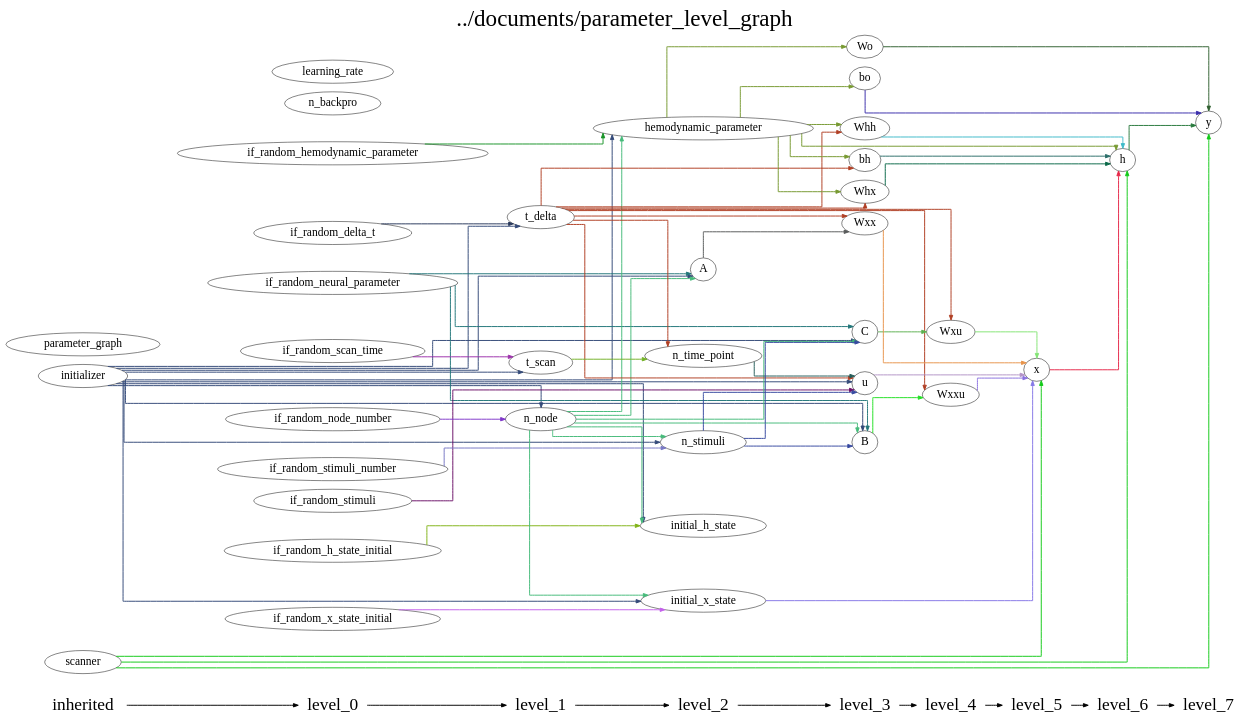
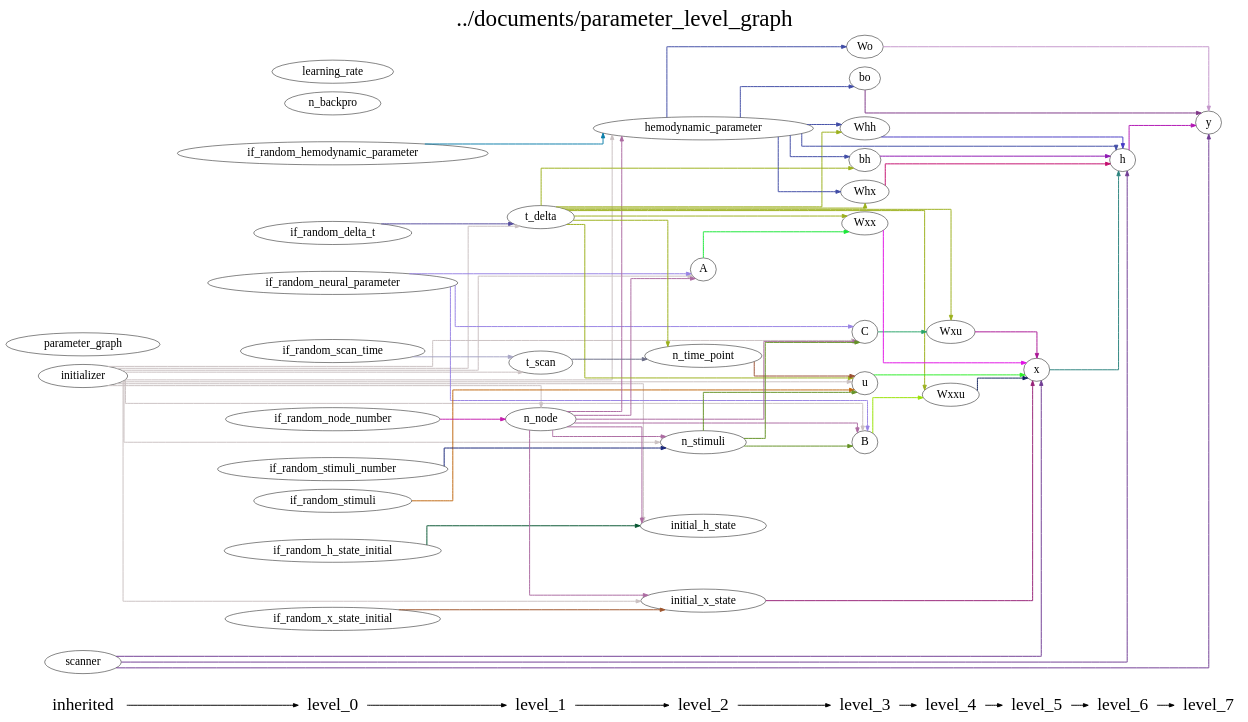
One commit to YuanWangOnward/DCM_RNN changed the diagram in DCM_RNN/documents/parameter_level_graph.gv. Above: the diagram before and after it, drawn with Graphviz. The commit also changed 7 other files, not shown here.

```diff
--- a/DCM_RNN/documents/parameter_level_graph.gv
+++ b/DCM_RNN/documents/parameter_level_graph.gv
@@ -1,156 +1,156 @@
 digraph G {
           splines=ortho;
           fontsize = 48;
           rankdir = "LR";
           node[fontsize=24];
           edge[penwidth=2];
           {
           node [shape=plaintext fontsize=36];
           inherited -> 
           level_0 -> 
           level_1 -> 
           level_2 -> 
           level_3 -> 
           level_4 -> 
           level_5 -> 
           level_6 -> 
           level_7
           }
           {rank = same;
           inherited;
           initializer;
           parameter_graph;
           scanner;
           }
           {rank = same;
           level_0;
           if_random_neural_parameter;
           if_random_hemodynamic_parameter;
           if_random_x_state_initial;
           if_random_h_state_initial;
           if_random_stimuli;
           if_random_node_number;
           if_random_stimuli_number;
           if_random_delta_t;
           if_random_scan_time;
           n_backpro;
           learning_rate;
           }
           {rank = same;
           level_1;
           n_node;
           t_delta;
           t_scan;
           }
           {rank = same;
           level_2;
           n_time_point;
           n_stimuli;
           A;
           hemodynamic_parameter;
           initial_x_state;
           initial_h_state;
           }
           {rank = same;
           level_3;
           u;
           B;
           C;
           Wxx;
           Whx;
           Whh;
           bh;
           Wo;
           bo;
           }
           {rank = same;
           level_4;
           Wxxu;
           Wxu;
           }
           {rank = same;
           level_5;
           x;
           }
           {rank = same;
           level_6;
           h;
           }
           {rank = same;
           level_7;
           y;
           }
-          h -> y [color="#27793C"];
-          Wo -> y [color="#316131"];
-          u -> x [color="#B394C7"];
-          if_random_node_number -> n_node [color="#8038CA"];
-          if_random_neural_parameter -> B [color="#22777A"];
-          if_random_neural_parameter -> A [color="#22777A"];
-          if_random_neural_parameter -> C [color="#22777A"];
+          hemodynamic_parameter -> Whx [color="#404CA6"];
+          hemodynamic_parameter -> Wo [color="#404CA6"];
+          hemodynamic_parameter -> bo [color="#404CA6"];
+          hemodynamic_parameter -> Whh [color="#404CA6"];
+          hemodynamic_parameter -> h [color="#404CA6"];
+          hemodynamic_parameter -> bh [color="#404CA6"];
+          Wo -> y [color="#C496CB"];
+          parameter_graph ;
+          n_time_point -> u [color="#9B5033"];
+          learning_rate ;
+          if_random_stimuli -> u [color="#C06810"];
+          h -> y [color="#B114B3"];
+          Whx -> h [color="#C40E6E"];
+          if_random_x_state_initial -> initial_x_state [color="#9E542B"];
+          if_random_stimuli_number -> n_stimuli [color="#162479"];
+          scanner -> y [color="#703C94"];
+          scanner -> x [color="#703C94"];
+          scanner -> h [color="#703C94"];
+          Wxxu -> x [color="#11225C"];
+          n_node -> hemodynamic_parameter [color="#AC6AA1"];
+          n_node -> n_stimuli [color="#AC6AA1"];
+          n_node -> initial_h_state [color="#AC6AA1"];
+          n_node -> C [color="#AC6AA1"];
+          n_node -> initial_x_state [color="#AC6AA1"];
+          n_node -> B [color="#AC6AA1"];
+          n_node -> A [color="#AC6AA1"];
+          if_random_scan_time -> t_scan [color="#A7A5C5"];
+          t_scan -> n_time_point [color="#6C6E88"];
+          if_random_hemodynamic_parameter -> hemodynamic_parameter [color="#0B7EAA"];
+          if_random_delta_t -> t_delta [color="#554C9E"];
           y ;
-          bo -> y [color="#392CAB"];
-          Whx -> h [color="#0A6949"];
-          B -> Wxxu [color="#22E024"];
-          initializer -> u [color="#344A79"];
-          initializer -> B [color="#344A79"];
-          initializer -> n_node [color="#344A79"];
-          initializer -> hemodynamic_parameter [color="#344A79"];
-          initializer -> A [color="#344A79"];
-          initializer -> C [color="#344A79"];
-          initializer -> initial_h_state [color="#344A79"];
-          initializer -> initial_x_state [color="#344A79"];
-          initializer -> t_scan [color="#344A79"];
-          initializer -> t_delta [color="#344A79"];
-          initializer -> n_stimuli [color="#344A79"];
-          if_random_stimuli -> u [color="#6B1068"];
-          Whh -> h [color="#3EBBC9"];
-          scanner -> y [color="#12CA17"];
-          scanner -> h [color="#12CA17"];
-          scanner -> x [color="#12CA17"];
-          hemodynamic_parameter -> Wo [color="#779931"];
-          hemodynamic_parameter -> h [color="#779931"];
-          hemodynamic_parameter -> Whx [color="#779931"];
-          hemodynamic_parameter -> Whh [color="#779931"];
-          hemodynamic_parameter -> bh [color="#779931"];
-          hemodynamic_parameter -> bo [color="#779931"];
-          A -> Wxx [color="#585A5A"];
-          if_random_hemodynamic_parameter -> hemodynamic_parameter [color="#199428"];
-          if_random_scan_time -> t_scan [color="#9C30AB"];
-          if_random_delta_t -> t_delta [color="#28385B"];
-          learning_rate ;
-          x -> h [color="#E6284A"];
-          bh -> h [color="#2B6E69"];
-          Wxu -> x [color="#83E475"];
-          C -> Wxu [color="#5EB151"];
+          if_random_node_number -> n_node [color="#C51EAE"];
+          if_random_h_state_initial -> initial_h_state [color="#075632"];
+          initial_x_state -> x [color="#972278"];
           initial_h_state ;
+          C -> Wxu [color="#28A469"];
+          initializer -> hemodynamic_parameter [color="#CAC1C2"];
+          initializer -> n_stimuli [color="#CAC1C2"];
+          initializer -> n_node [color="#CAC1C2"];
+          initializer -> t_scan [color="#CAC1C2"];
+          initializer -> initial_h_state [color="#CAC1C2"];
+          initializer -> C [color="#CAC1C2"];
+          initializer -> t_delta [color="#CAC1C2"];
+          initializer -> initial_x_state [color="#CAC1C2"];
+          initializer -> u [color="#CAC1C2"];
+          initializer -> B [color="#CAC1C2"];
+          initializer -> A [color="#CAC1C2"];
+          if_random_neural_parameter -> C [color="#9883E4"];
+          if_random_neural_parameter -> B [color="#9883E4"];
+          if_random_neural_parameter -> A [color="#9883E4"];
+          bo -> y [color="#7E3686"];
           n_backpro ;
-          if_random_h_state_initial -> initial_h_state [color="#81B317"];
-          n_node -> B [color="#45BA7A"];
-          n_node -> hemodynamic_parameter [color="#45BA7A"];
-          n_node -> A [color="#45BA7A"];
-          n_node -> C [color="#45BA7A"];
-          n_node -> initial_h_state [color="#45BA7A"];
-          n_node -> initial_x_state [color="#45BA7A"];
-          n_node -> n_stimuli [color="#45BA7A"];
-          if_random_stimuli_number -> n_stimuli [color="#7777C4"];
-          if_random_x_state_initial -> initial_x_state [color="#C460EC"];
-          Wxxu -> x [color="#8A71E0"];
-          initial_x_state -> x [color="#8679E7"];
-          t_scan -> n_time_point [color="#73B127"];
-          t_delta -> Wxxu [color="#B03E23"];
-          t_delta -> u [color="#B03E23"];
-          t_delta -> Whx [color="#B03E23"];
-          t_delta -> Whh [color="#B03E23"];
-          t_delta -> bh [color="#B03E23"];
-          t_delta -> Wxu [color="#B03E23"];
-          t_delta -> Wxx [color="#B03E23"];
-          t_delta -> n_time_point [color="#B03E23"];
-          parameter_graph ;
-          Wxx -> x [color="#E7944C"];
-          n_stimuli -> u [color="#374AA0"];
-          n_stimuli -> B [color="#374AA0"];
-          n_stimuli -> C [color="#374AA0"];
-          n_time_point -> u [color="#255C59"];
+          Whh -> h [color="#483AC5"];
+          t_delta -> n_time_point [color="#9BB01C"];
+          t_delta -> Whx [color="#9BB01C"];
+          t_delta -> Wxxu [color="#9BB01C"];
+          t_delta -> Wxx [color="#9BB01C"];
+          t_delta -> Whh [color="#9BB01C"];
+          t_delta -> Wxu [color="#9BB01C"];
+          t_delta -> u [color="#9BB01C"];
+          t_delta -> bh [color="#9BB01C"];
+          Wxu -> x [color="#AA1695"];
+          Wxx -> x [color="#E111E5"];
+          u -> x [color="#2AEE26"];
+          A -> Wxx [color="#17E736"];
+          n_stimuli -> C [color="#649225"];
+          n_stimuli -> u [color="#649225"];
+          n_stimuli -> B [color="#649225"];
+          B -> Wxxu [color="#99E204"];
+          bh -> h [color="#8E17B2"];
+          x -> h [color="#2B837E"];
           labelloc = "t";
           label = "../documents/parameter_level_graph";
 }
```
